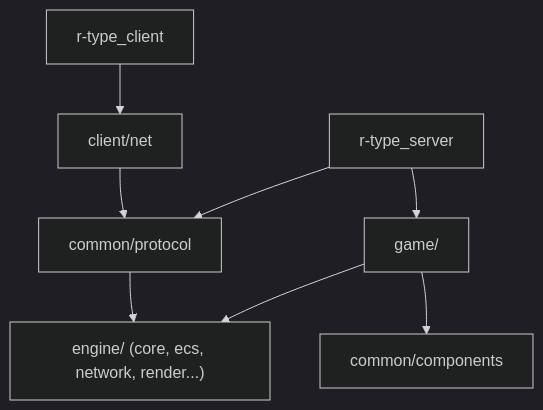
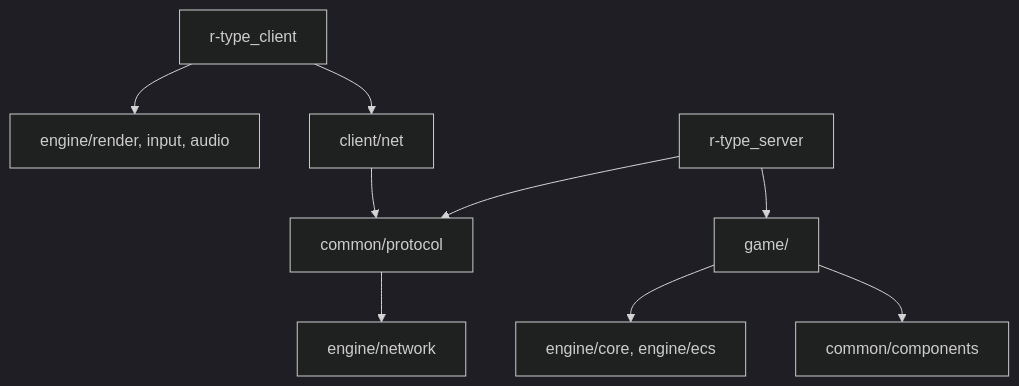
Before and after one commit to danbmg/rtype: the diagram in docs/index.md, drawn with Mermaid (dark theme). The commit also changed other lines of this file and 16 other files, not shown here.

````diff
--- a/docs/index.md
+++ b/docs/index.md
@@ -32,10 +31,11 @@
 ```mermaid
 flowchart TD
     Client["r-type_client"] --> ClientNet["client/net"]
+    Client --> Render["engine/render, input, audio"]
     Server["r-type_server"] --> Game["game/"]
     Server --> Protocol["common/protocol"]
     ClientNet --> Protocol
     Game --> Components["common/components"]
-    Game --> Engine["engine/ (core, ecs, network, render...)"]
-    Protocol --> Engine
+    Game --> Engine["engine/core, engine/ecs"]
+    Protocol --> Network["engine/network"]
 ```
````
